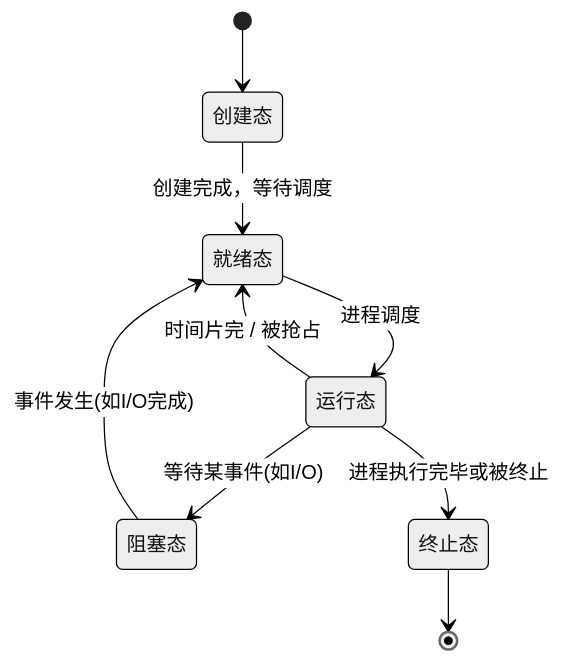
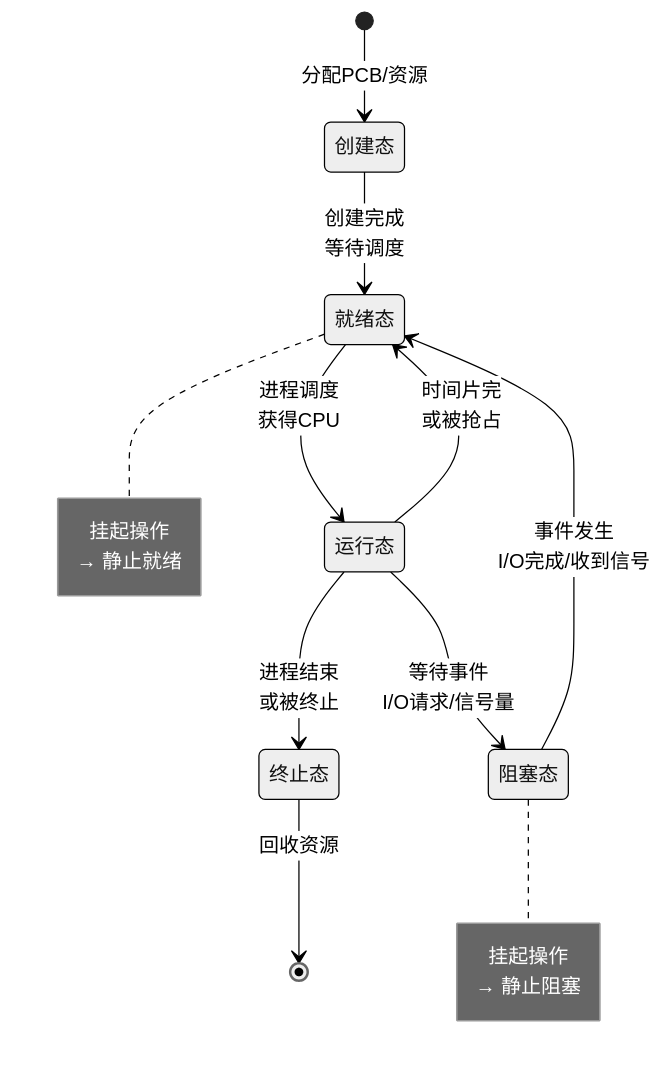
The eighth of 33 diagrams in src/content/philes/volume-1/CS-OS/简易OS知识点.md (AH23333/Blog), drawn with Mermaid (neutral theme) before and after one commit. The commit also changed other lines of this file and 21 other files, not shown here.

````diff
--- a/src/content/philes/volume-1/CS-OS/简易OS知识点.md
+++ b/src/content/philes/volume-1/CS-OS/简易OS知识点.md
@@ -94,11 +461,14 @@
 ```mermaid
 stateDiagram-v2
-    [*] --> 创建态
-    创建态 --> 就绪态: 创建完成，等待调度
-    就绪态 --> 运行态: 进程调度
-    运行态 --> 就绪态: 时间片完 / 被抢占
-    运行态 --> 阻塞态: 等待某事件(如I/O)
-    阻塞态 --> 就绪态: 事件发生(如I/O完成)
-    运行态 --> 终止态: 进程执行完毕或被终止
-    终止态 --> [*]
+    [*] --> 创建态: 分配PCB/资源
+    创建态 --> 就绪态: 创建完成<br/>等待调度
+    就绪态 --> 运行态: 进程调度<br/>获得CPU
+    运行态 --> 就绪态: 时间片完<br/>或被抢占
+    运行态 --> 阻塞态: 等待事件<br/>I/O请求/信号量
+    阻塞态 --> 就绪态: 事件发生<br/>I/O完成/收到信号
+    运行态 --> 终止态: 进程结束<br/>或被终止
+    终止态 --> [*]: 回收资源
+
+    note right of 就绪态: 挂起操作<br/>→ 静止就绪
+    note right of 阻塞态: 挂起操作<br/>→ 静止阻塞
 ```
````
